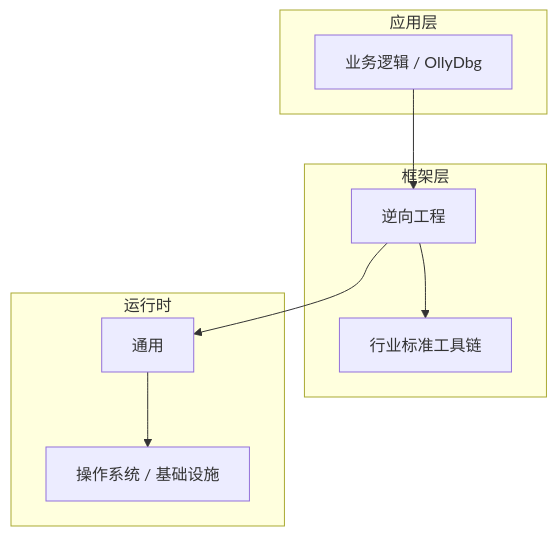
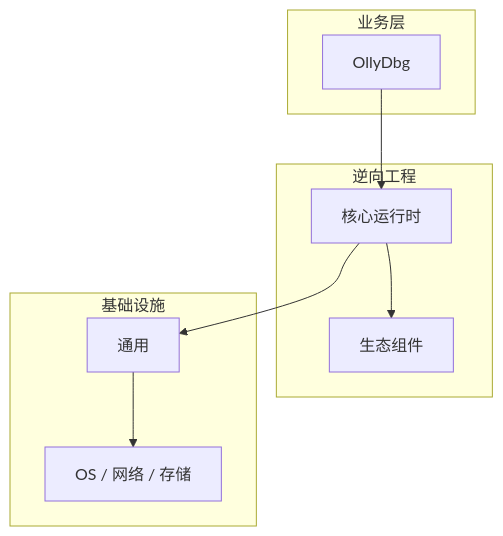
The diagram in articles/逆向工程/chapters/051-OllyDbg核心概念与原理.md (yanggan2015/knowledge-json-v2), drawn with Mermaid before and after one commit. The commit also changed other lines of this file and 10127 other files, not shown here.

````diff
--- a/articles/逆向工程/chapters/051-OllyDbg核心概念与原理.md
+++ b/articles/逆向工程/chapters/051-OllyDbg核心概念与原理.md
@@ -46,18 +31,18 @@
 ```mermaid
 graph TB
-    subgraph 应用层
-        A[业务逻辑 / OllyDbg]
+    subgraph 业务层
+        A[OllyDbg]
     end
-    subgraph 框架层
-        B[逆向工程]
-        C[行业标准工具链]
+    subgraph 逆向工程
+        B[核心运行时]
+        C[生态组件]
     end
-    subgraph 运行时
+    subgraph 基础设施
         D[通用]
-        E[操作系统 / 基础设施]
+        E[OS / 网络 / 存储]
     end
     A --> B
     B --> C
     B --> D
     D --> E
 ```
````
